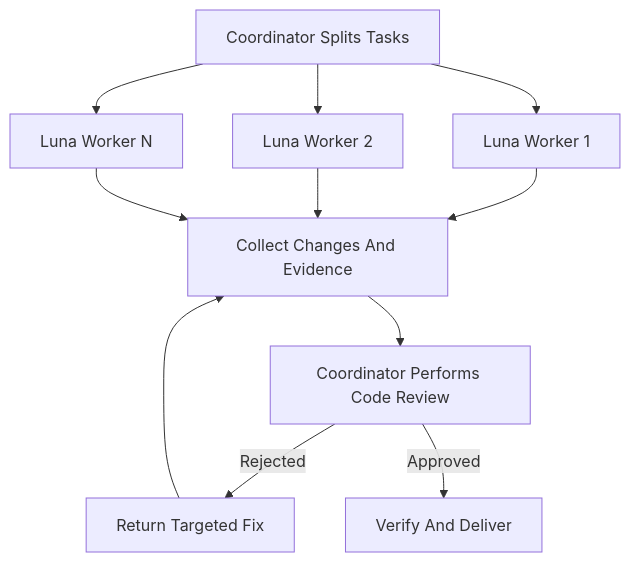
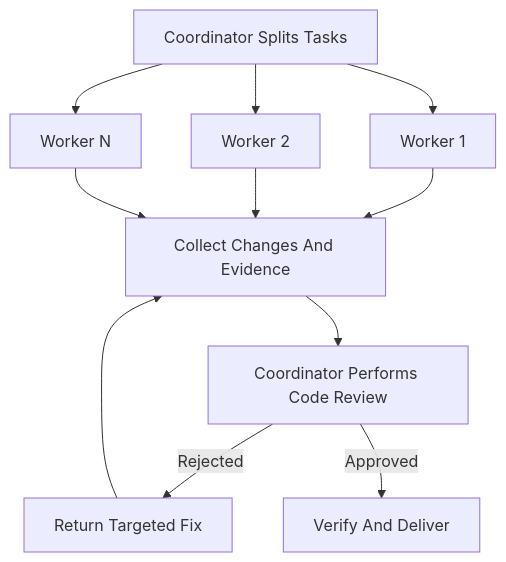
One commit to hanjeahwan/common-skills changed the diagram in .agents/skills/codex-luna-swarm/SKILL.md. Above: the diagram before and after it, drawn with Mermaid. The commit also changed other lines of this file and 6 other files, not shown here.

````diff
--- a/.agents/skills/codex-luna-swarm/SKILL.md
+++ b/.agents/skills/codex-luna-swarm/SKILL.md
@@ -10,13 +10,13 @@
 ```mermaid
 flowchart TD
-    S[Coordinator Splits Tasks] --> L1[Luna Worker 1]
-    S --> L2[Luna Worker 2]
-    S --> LN[Luna Worker N]
+    S[Coordinator Splits Tasks] --> L1[Worker 1]
+    S --> L2[Worker 2]
+    S --> LN[Worker N]
     L1 --> G[Collect Changes And Evidence]
     L2 --> G
     LN --> G
     G --> R[Coordinator Performs Code Review]
     R -->|Rejected| F[Return Targeted Fix]
     F --> G
     R -->|Approved| V[Verify And Deliver]
 ```
````
